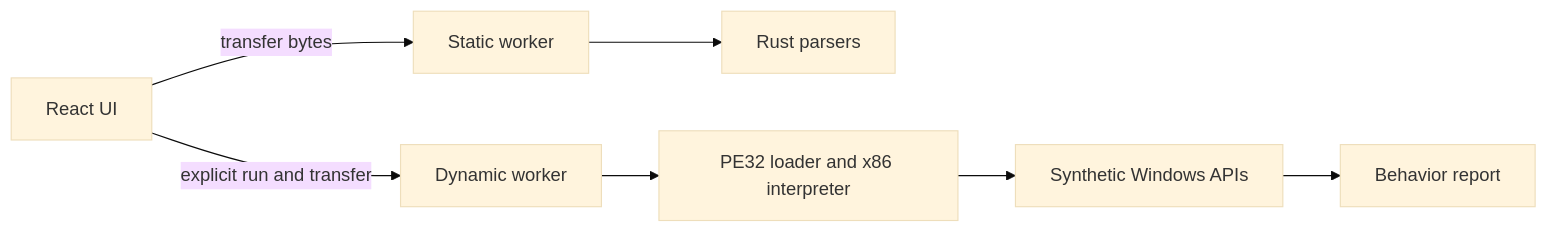
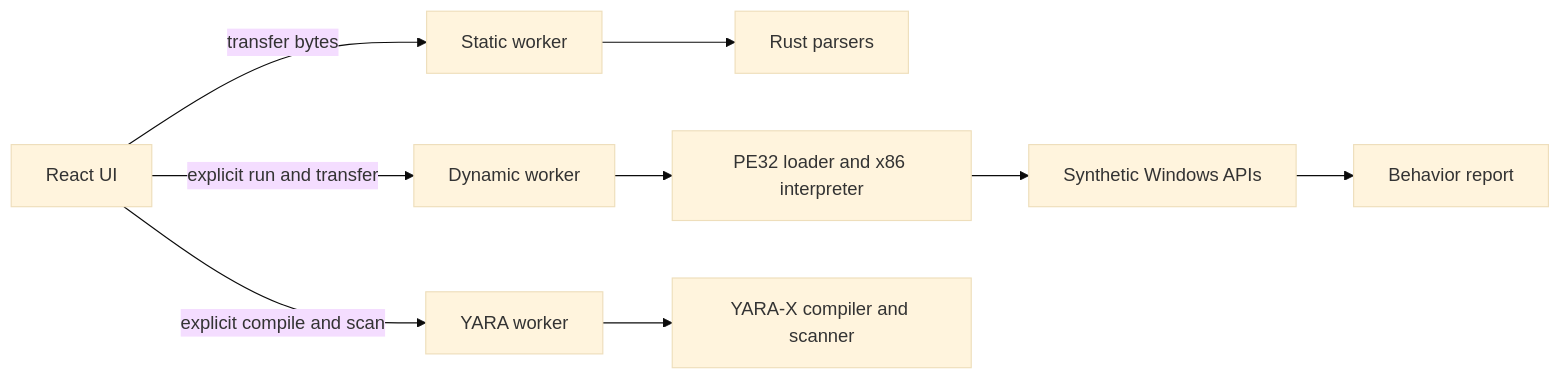
Before and after one commit to chaitanyarahalkar/aegis-browser-triage: the diagram in docs/security-model.md, drawn with Mermaid (base theme). The commit also changed other lines of this file and 18 other files, not shown here.

````diff
--- a/docs/security-model.md
+++ b/docs/security-model.md
@@ -26,9 +26,11 @@
 ```mermaid
 flowchart LR
   UI["React UI"] -->|"transfer bytes"| SW["Static worker"]
   UI -->|"explicit run and transfer"| DW["Dynamic worker"]
+  UI -->|"explicit compile and scan"| YW["YARA worker"]
   SW --> SP["Rust parsers"]
   DW --> EMU["PE32 loader and x86 interpreter"]
   EMU --> VOS["Synthetic Windows APIs"]
   VOS --> REP["Behavior report"]
+  YW --> YX["YARA-X compiler and scanner"]
 ```
````
